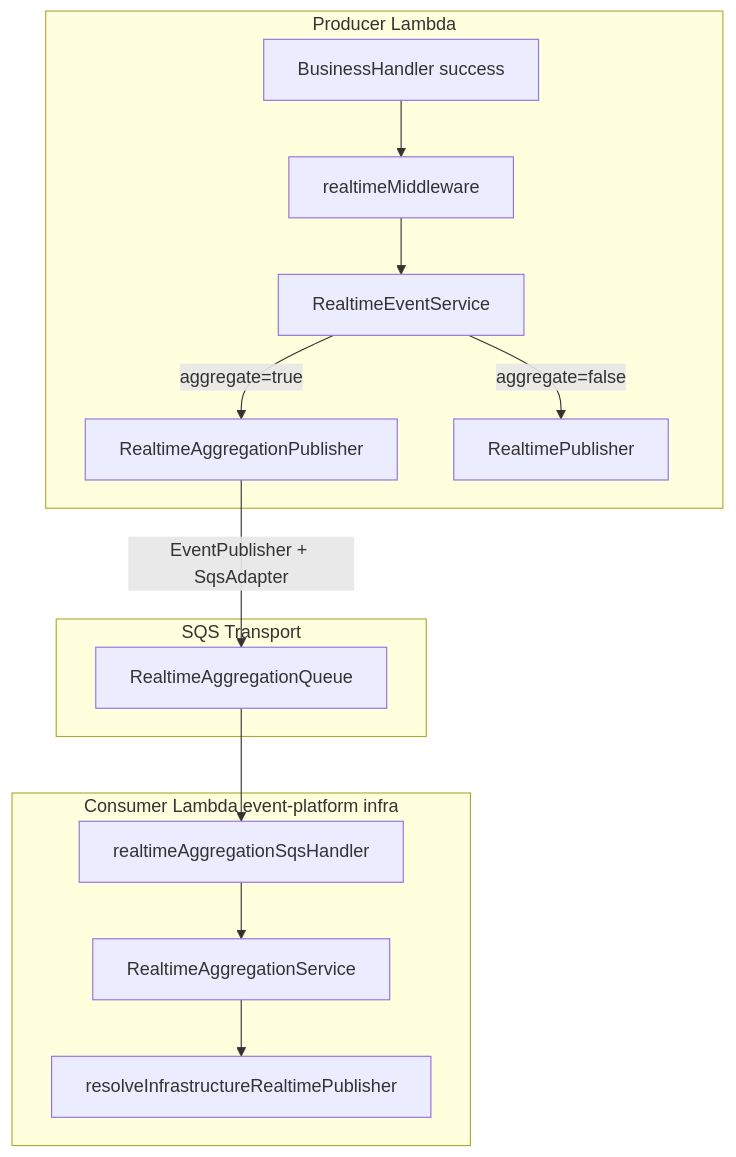
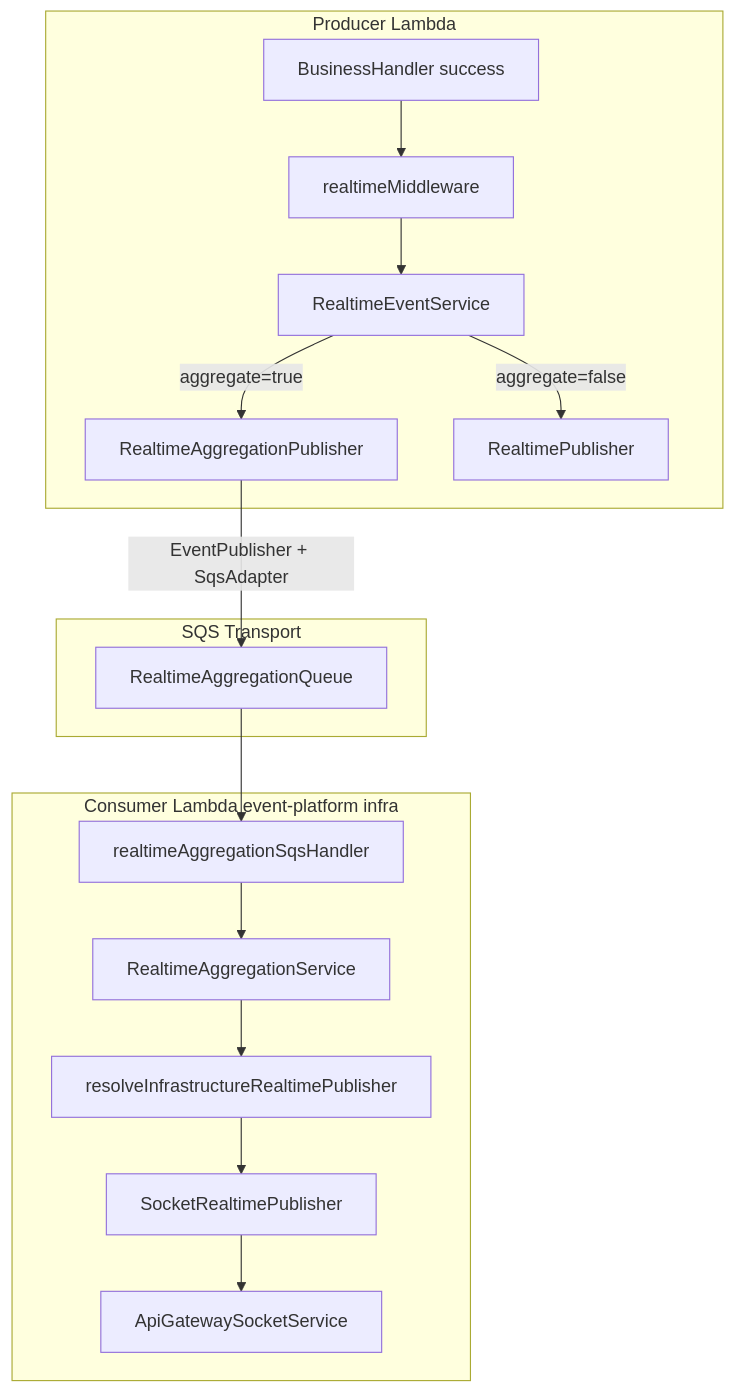
Before and after one commit to geekytechwhiz/beauty-on-wheels-apis: the fourth of 6 diagrams in docs/middleware/flow.md, drawn with Mermaid. The commit also changed other lines of this file and 21 other files, not shown here.

````diff
--- a/docs/middleware/flow.md
+++ b/docs/middleware/flow.md
@@ -59,24 +118,26 @@
 ```mermaid
 flowchart TD
   subgraph producer [Producer Lambda]
     BH[BusinessHandler success]
     RTM[realtimeMiddleware]
     RES[RealtimeEventService]
     RAP[RealtimeAggregationPublisher]
     RP[RealtimePublisher]
     BH --> RTM --> RES
     RES -->|aggregate=false| RP
     RES -->|aggregate=true| RAP
   end
 
   subgraph sqs [SQS Transport]
     Q[RealtimeAggregationQueue]
     RAP -->|EventPublisher + SqsAdapter| Q
   end
 
   subgraph consumer [Consumer Lambda event-platform infra]
     Q --> H[realtimeAggregationSqsHandler]
     H --> RAS[RealtimeAggregationService]
     RAS --> RP2[resolveInfrastructureRealtimePublisher]
+    RP2 --> SRP2[SocketRealtimePublisher]
+    SRP2 --> SS2[ApiGatewaySocketService]
   end
 ```
````
